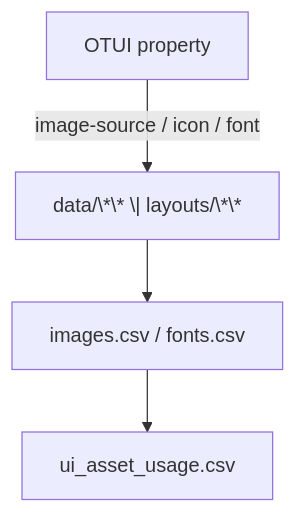
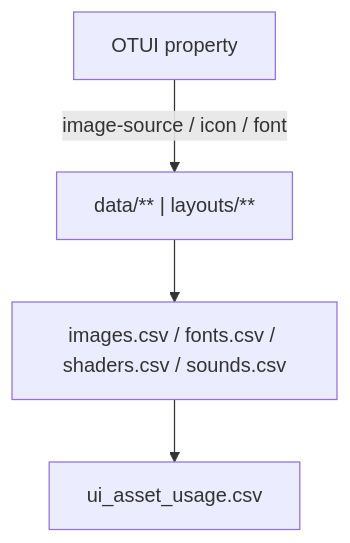
The second of 4 diagrams in docs/authoring/_sources/chapter_11_data_docs_export_kit_authoring_agent_ready.md (lukaszj321/otcv8-dev), drawn with Mermaid before and after one commit. The commit also changed other lines of this file, not shown here.

````diff
--- a/docs/authoring/_sources/chapter_11_data_docs_export_kit_authoring_agent_ready.md
+++ b/docs/authoring/_sources/chapter_11_data_docs_export_kit_authoring_agent_ready.md
@@ -461,7 +465,6 @@
 ```mermaid
 graph TD
-  OTUI[OTUI property] -->|image-source / icon / font| Asset["data/\*\* \| layouts/\*\*"]
-  Asset --> Indexes["images.csv / fonts.csv"]
+  OTUI[OTUI property] -->|image-source / icon / font| Asset["data/** | layouts/**"]
+  Asset --> Indexes["images.csv / fonts.csv / shaders.csv / sounds.csv"]
   Indexes --> Usage["ui_asset_usage.csv"]
-
 ```
````
